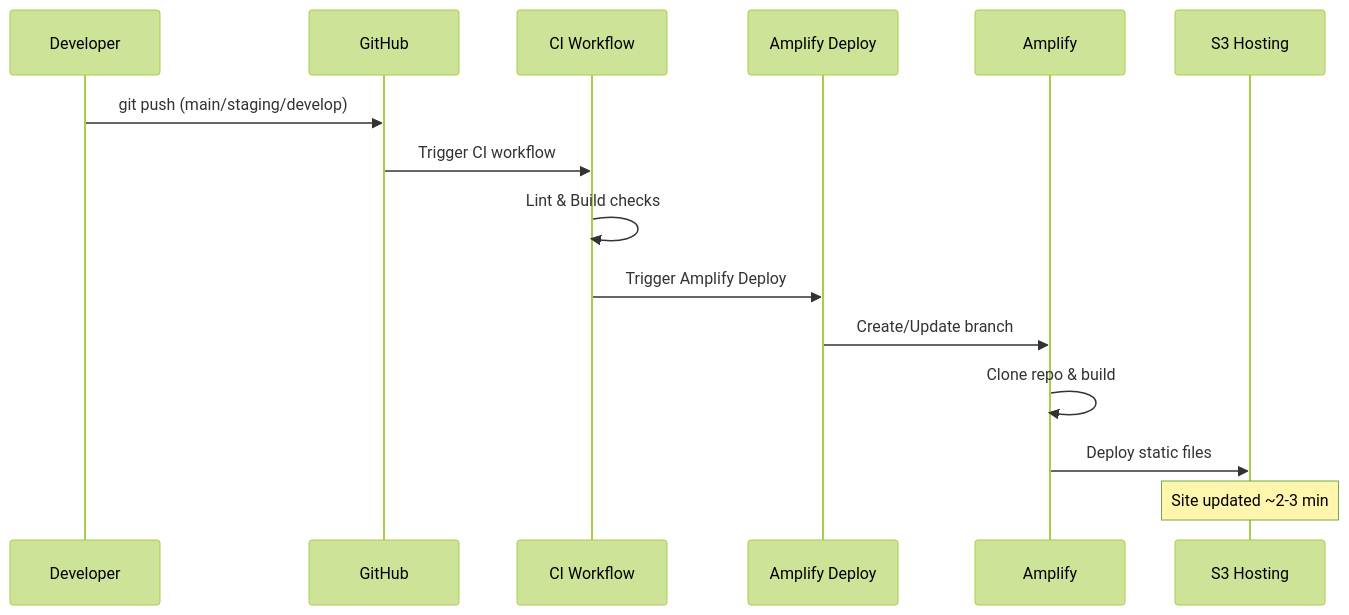
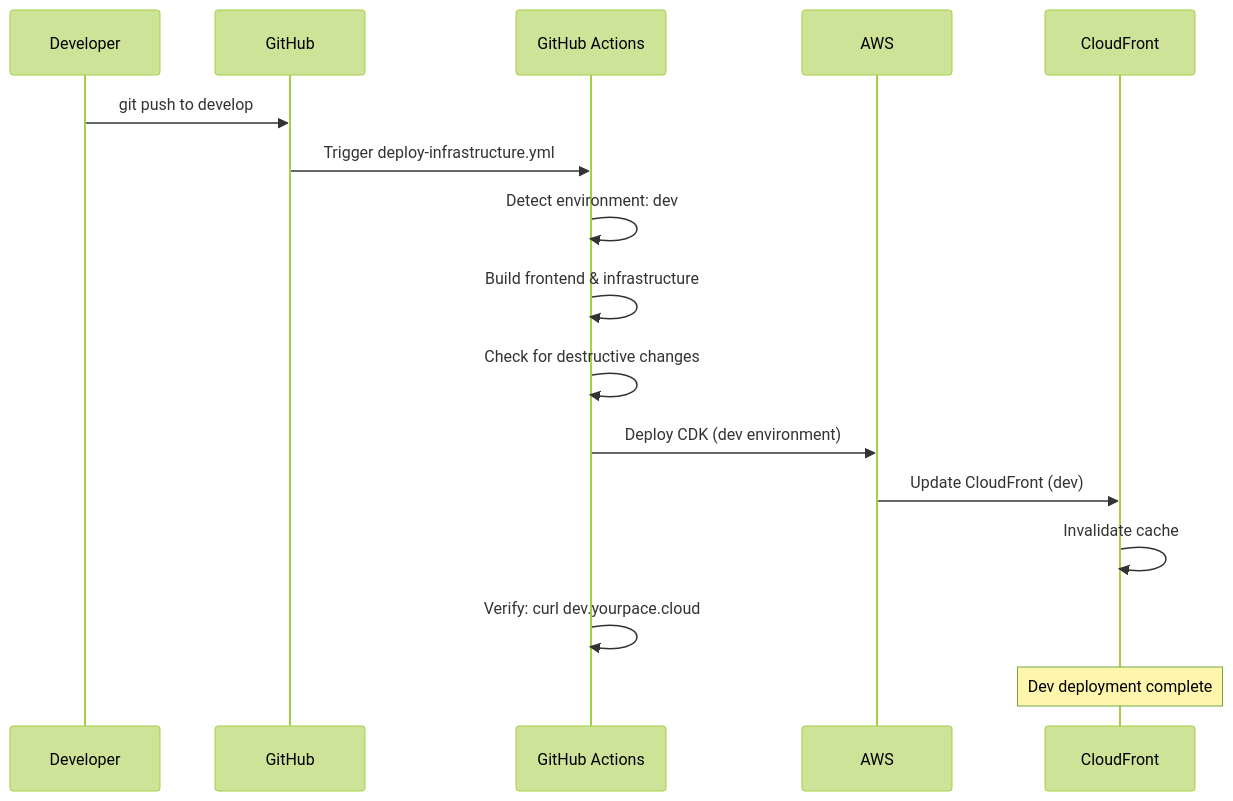
Before and after one commit to DigiAye/yourpace: the second of 4 diagrams in docs/CI-CD-PIPELINE.md, drawn with Mermaid (forest theme). The commit also changed other lines of this file and 16 other files, not shown here.

````diff
--- a/docs/CI-CD-PIPELINE.md
+++ b/docs/CI-CD-PIPELINE.md
@@ -56,18 +67,19 @@
 ```mermaid
 sequenceDiagram
     participant Dev as Developer
     participant GH as GitHub
-    participant CI as CI Workflow
-    participant AMP_DEPLOY as Amplify Deploy
-    participant AMP as Amplify
-    participant S3 as S3 Hosting
+    participant GHA as GitHub Actions
+    participant AWS as AWS
+    participant CF as CloudFront
 
-    Dev->>GH: git push (main/staging/develop)
-    GH->>CI: Trigger CI workflow
-    CI->>CI: Lint & Build checks
-    CI->>AMP_DEPLOY: Trigger Amplify Deploy
-    AMP_DEPLOY->>AMP: Create/Update branch
-    AMP->>AMP: Clone repo & build
-    AMP->>S3: Deploy static files
-    Note over S3: Site updated ~2-3 min
+    Dev->>GH: git push to develop
+    GH->>GHA: Trigger deploy-infrastructure.yml
+    GHA->>GHA: Detect environment: dev
+    GHA->>GHA: Build frontend & infrastructure
+    GHA->>GHA: Check for destructive changes
+    GHA->>AWS: Deploy CDK (dev environment)
+    AWS->>CF: Update CloudFront (dev)
+    CF->>CF: Invalidate cache
+    GHA->>GHA: Verify: curl dev.yourpace.cloud
+    Note over CF: Dev deployment complete
 ```
````
